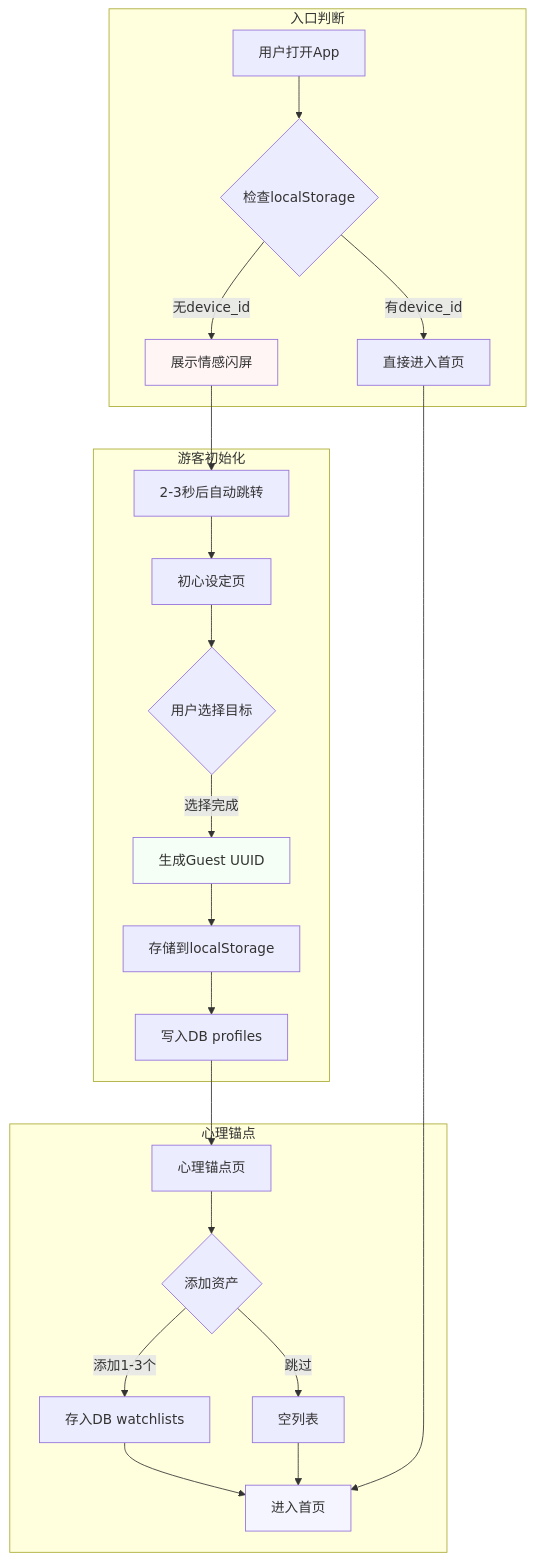
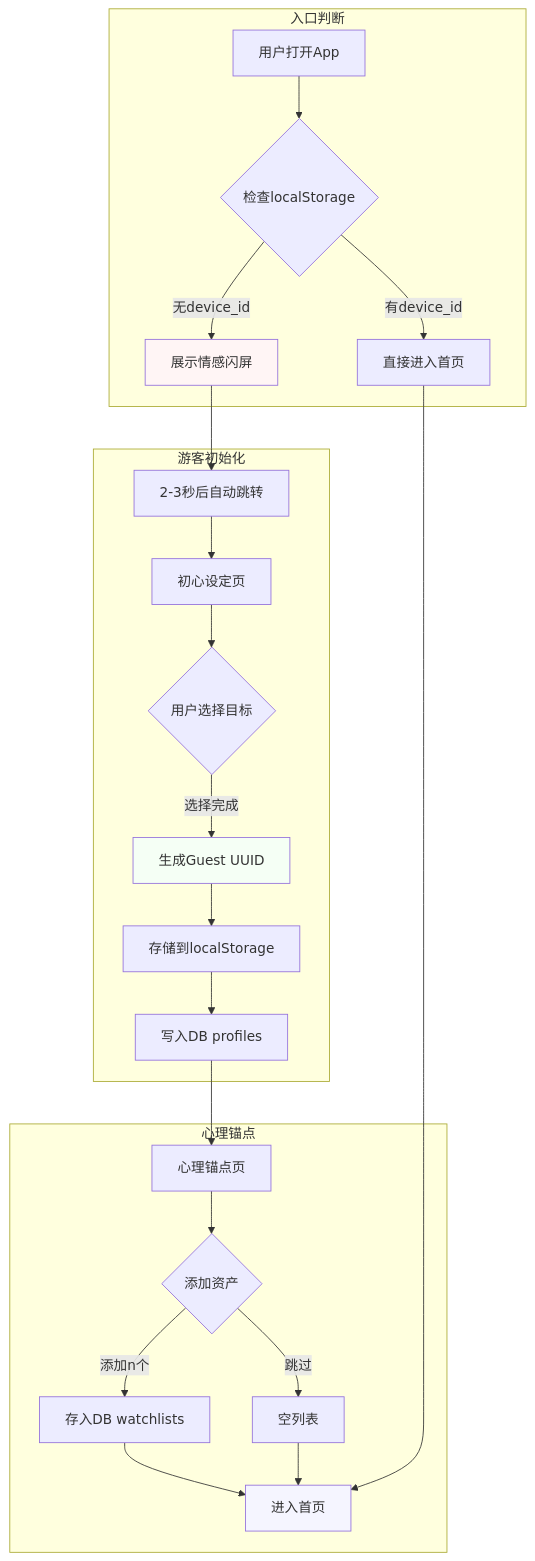
One commit to jiya1996/Budvest changed the third of 19 diagrams in docs/PRD/伴投-用户流程详解(260119新增)-V1.0.md. Above: the diagram before and after it, drawn with Mermaid. The commit also changed other lines of this file, not shown here.

Commit message:
Update asset addition limit to allow multiple entries
删除只能设置3个关注股票的限制

````diff
--- a/docs/PRD/伴投-用户流程详解(260119新增)-V1.0.md
+++ b/docs/PRD/伴投-用户流程详解(260119新增)-V1.0.md
@@ -81,32 +81,32 @@
 ```mermaid
 flowchart TD
     subgraph 入口判断
         A[用户打开App] --> B{检查localStorage}
         B -->|有device_id| C[直接进入首页]
         B -->|无device_id| D[展示情感闪屏]
     end
 
     subgraph 游客初始化
         D --> E[2-3秒后自动跳转]
         E --> F[初心设定页]
         F --> G{用户选择目标}
         G -->|选择完成| H[生成Guest UUID]
         H --> I[存储到localStorage]
         I --> J[写入DB profiles]
     end
 
     subgraph 心理锚点
         J --> K[心理锚点页]
         K --> L{添加资产}
-        L -->|添加1-3个| M[存入DB watchlists]
+        L -->|添加n个| M[存入DB watchlists]
         L -->|跳过| N[空列表]
         M --> O[进入首页]
         N --> O
     end
 
     C --> O
 
     style D fill:#fff5f5
     style H fill:#f5fff5
     style O fill:#f5f5ff
 ```
````
